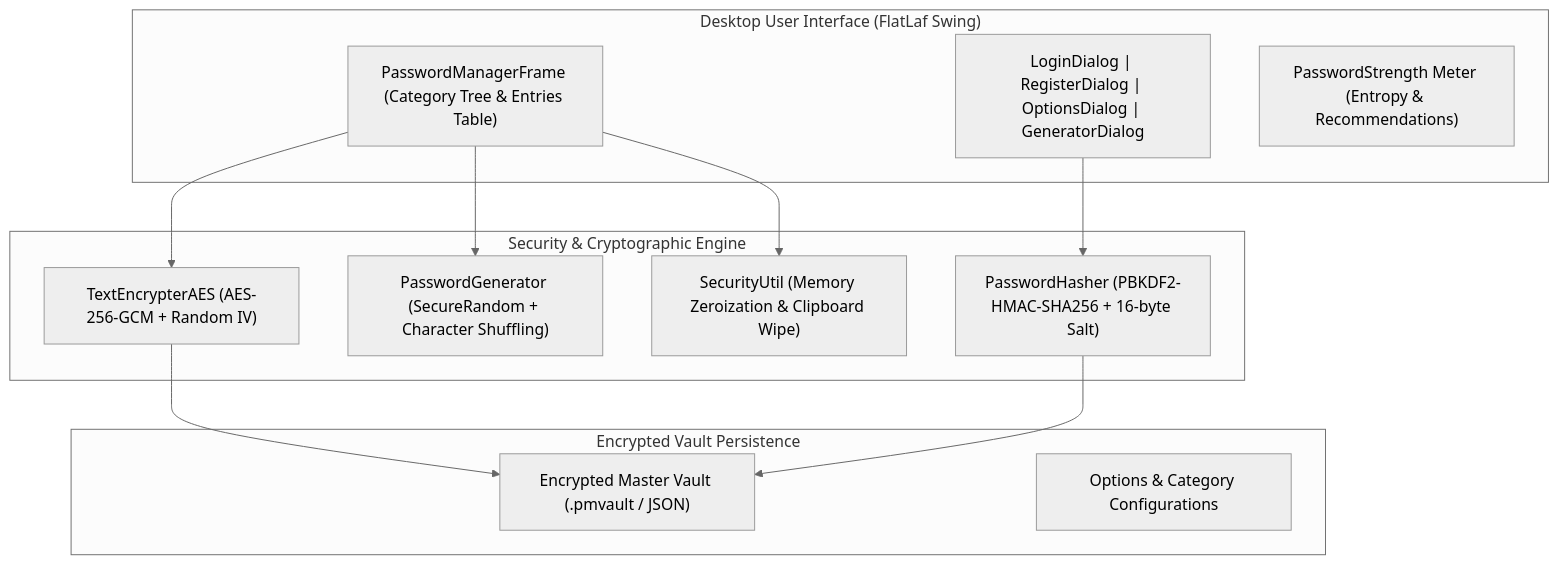
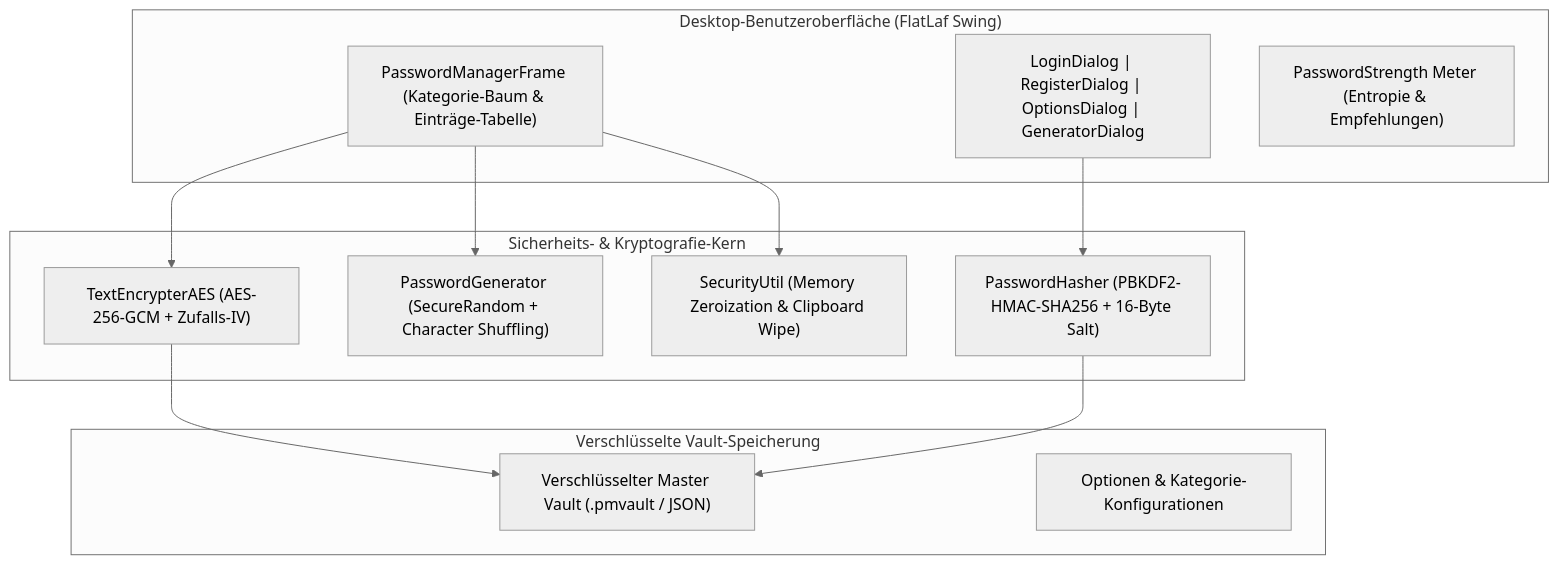
Before and after one commit to Tom7668h/PasswordManager: the diagram in README.md, drawn with Mermaid (neutral theme). The commit also changed other lines of this file, not shown here.

````diff
--- a/README.md
+++ b/README.md
@@ -36,27 +40,27 @@
 ```mermaid
 flowchart TD
-    subgraph UI ["Desktop User Interface (FlatLaf Swing)"]
-        Frame["PasswordManagerFrame (Category Tree & Entries Table)"]
+    subgraph UI ["Desktop-Benutzeroberfläche (FlatLaf Swing)"]
+        Frame["PasswordManagerFrame (Kategorie-Baum & Einträge-Tabelle)"]
         Dialogs["LoginDialog | RegisterDialog | OptionsDialog | GeneratorDialog"]
-        Meter["PasswordStrength Meter (Entropy & Recommendations)"]
+        Meter["PasswordStrength Meter (Entropie & Empfehlungen)"]
     end
 
-    subgraph SecurityCore ["Security & Cryptographic Engine"]
-        AES["TextEncrypterAES (AES-256-GCM + Random IV)"]
-        KDF["PasswordHasher (PBKDF2-HMAC-SHA256 + 16-byte Salt)"]
+    subgraph SecurityCore ["Sicherheits- & Kryptografie-Kern"]
+        AES["TextEncrypterAES (AES-256-GCM + Zufalls-IV)"]
+        KDF["PasswordHasher (PBKDF2-HMAC-SHA256 + 16-Byte Salt)"]
         Gen["PasswordGenerator (SecureRandom + Character Shuffling)"]
         Zero["SecurityUtil (Memory Zeroization & Clipboard Wipe)"]
     end
 
-    subgraph Storage ["Encrypted Vault Persistence"]
-        JSON["Encrypted Master Vault (.pmvault / JSON)"]
-        Backups["Options & Category Configurations"]
+    subgraph Storage ["Verschlüsselte Vault-Speicherung"]
+        JSON["Verschlüsselter Master Vault (.pmvault / JSON)"]
+        Backups["Optionen & Kategorie-Konfigurationen"]
     end
 
     Dialogs --> KDF
     Frame --> AES
     Frame --> Gen
     Frame --> Zero
     AES --> JSON
     KDF --> JSON
 ```
````
